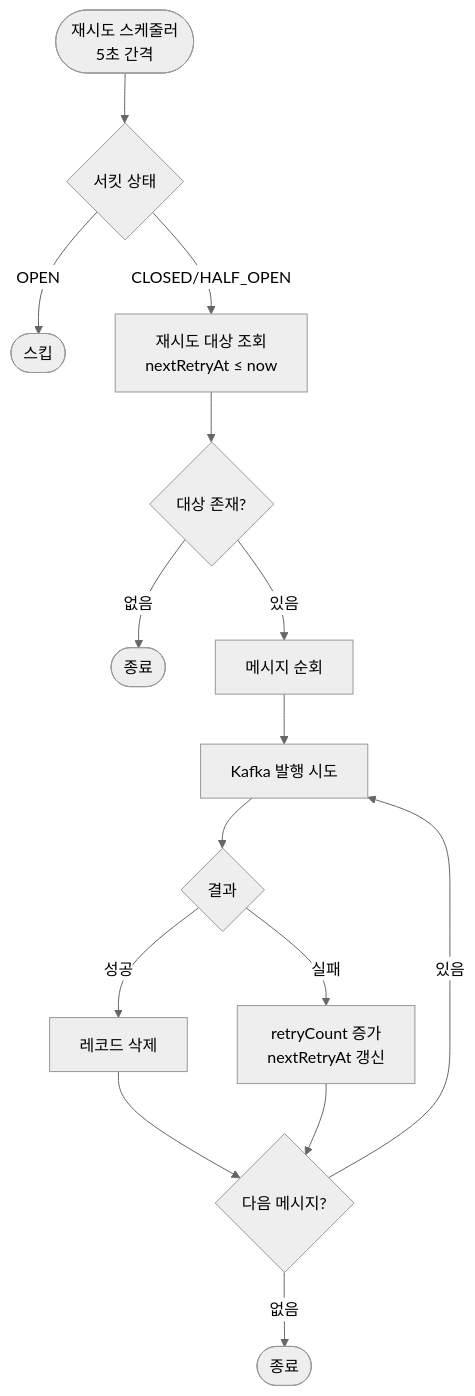
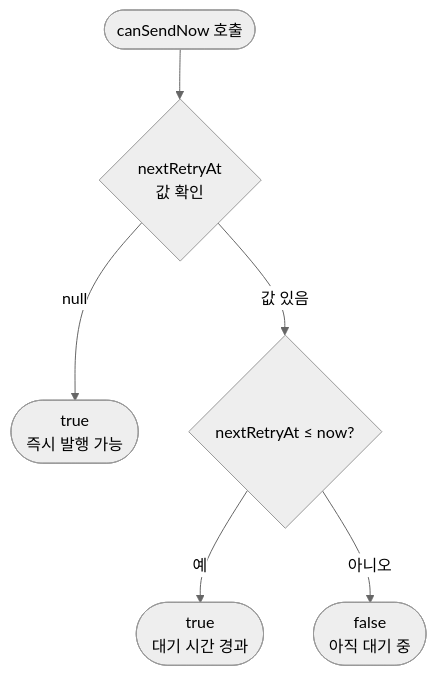
The second of 3 diagrams in docs/week8/round8-detailed-design.md (Loopers-dev-lab/loopers-spring-kotlin-template), drawn with Mermaid (neutral theme) before and after one commit. The commit also changed other lines of this file and 1 other file, not shown here.

````diff
--- a/docs/week8/round8-detailed-design.md
+++ b/docs/week8/round8-detailed-design.md
@@ -125,23 +123,8 @@
 ```mermaid
 flowchart TD
-    Start([재시도 스케줄러<br/>5초 간격]) --> CheckCircuit{서킷 상태}
-    CheckCircuit -->|OPEN| End1([스킵])
-    CheckCircuit -->|CLOSED/HALF_OPEN| FetchRetryable[재시도 대상 조회<br/>nextRetryAt ≤ now]
-
-FetchRetryable --> HasRetryable{대상 존재?}
-HasRetryable -->|없음|End2([종료])
-
-HasRetryable -->|있음|LoopStart[메시지 순회]
-
-LoopStart --> SendKafka[Kafka 발행 시도]
-SendKafka --> CheckResult{결과}
-
-CheckResult -->|성공|DeleteRecord[레코드 삭제]
-DeleteRecord --> NextMessage
-
-CheckResult -->|실패|IncrementRetry[retryCount 증가<br/>nextRetryAt 갱신]
-IncrementRetry --> NextMessage{다음 메시지?}
-
-NextMessage -->|있음|SendKafka
-NextMessage -->|없음|End3([종료])
+    Start([canSendNow 호출]) --> CheckNextRetry{nextRetryAt<br/>값 확인}
+    CheckNextRetry -->|null| ReturnTrue([true<br/>즉시 발행 가능])
+    CheckNextRetry -->|값 있음| CompareTime{nextRetryAt ≤ now?}
+    CompareTime -->|예| ReturnTrue2([true<br/>대기 시간 경과])
+    CompareTime -->|아니오| ReturnFalse([false<br/>아직 대기 중])
 ```
````
